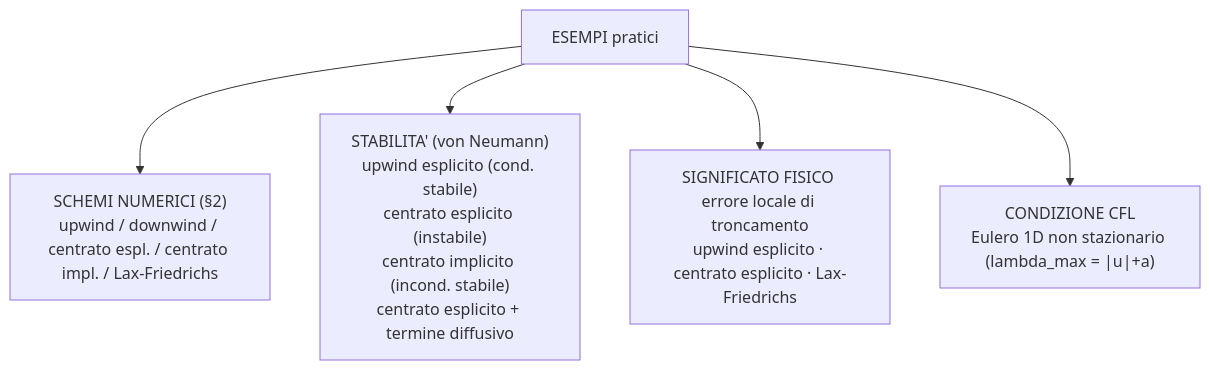
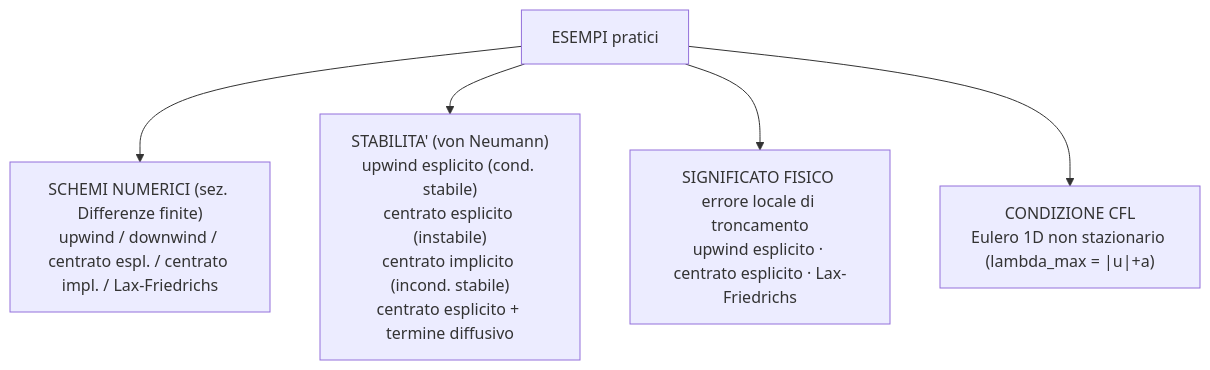
The seventh of 12 diagrams in teoria/metodi_numerici.md (293459/SP), drawn with Mermaid before and after one commit. The commit also changed other lines of this file, not shown here.

First line of the commit message:
metodi_numerici: riassetto strutturale (3 sezioni; nomenclatura in cima; formule/dimostrazioni/approfondimenti alla fine)

````diff
--- a/teoria/metodi_numerici.md
+++ b/teoria/metodi_numerici.md
@@ -759,7 +810,7 @@
 ```mermaid
 graph TD
-    E["ESEMPI pratici"] --> SN["SCHEMI NUMERICI (§2)<br/>upwind / downwind / centrato espl. / centrato impl. / Lax-Friedrichs"]
+    E["ESEMPI pratici"] --> SN["SCHEMI NUMERICI (sez. Differenze finite)<br/>upwind / downwind / centrato espl. / centrato impl. / Lax-Friedrichs"]
     E --> ST["STABILITA' (von Neumann)<br/>upwind esplicito (cond. stabile)<br/>centrato esplicito (instabile)<br/>centrato implicito (incond. stabile)<br/>centrato esplicito + termine diffusivo"]
     E --> TR["SIGNIFICATO FISICO errore locale di troncamento<br/>upwind esplicito · centrato esplicito · Lax-Friedrichs"]
     E --> CF["CONDIZIONE CFL<br/>Eulero 1D non stazionario (lambda_max = |u|+a)"]
 ```
````
